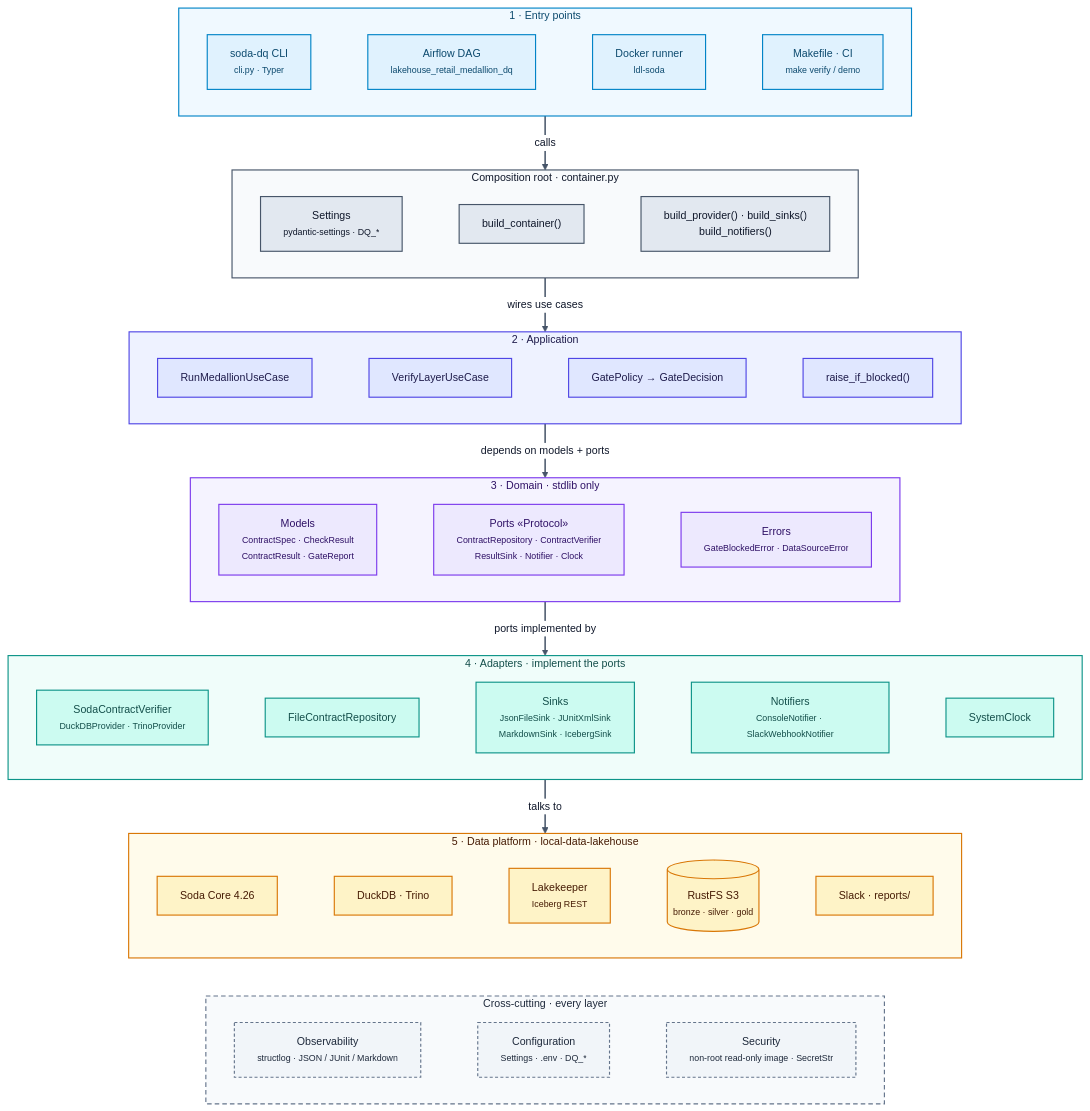
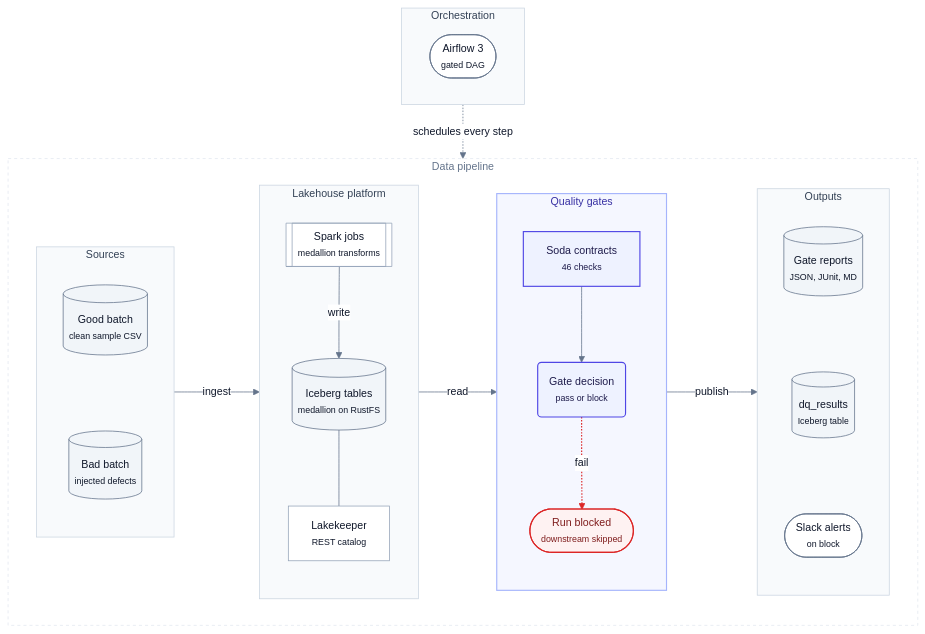
One commit to santoshshinde2012/lakehouse-quality-gates changed the first of 4 diagrams in README.md. Above: the diagram before and after it, drawn with Mermaid. The commit also changed other lines of this file and 21 other files, not shown here.

Commit message:
docs: professional system architecture diagram

````diff
--- a/README.md
+++ b/README.md
@@ -60,82 +60,57 @@
 ```mermaid
-%%{init: {'theme':'base','themeVariables':{'fontFamily':'Inter, system-ui, -apple-system, Segoe UI, Helvetica, Arial, sans-serif','fontSize':'14px','primaryColor':'#eef2ff','primaryTextColor':'#0f172a','primaryBorderColor':'#6366f1','secondaryColor':'#f1f5f9','secondaryTextColor':'#0f172a','secondaryBorderColor':'#94a3b8','tertiaryColor':'#f8fafc','tertiaryTextColor':'#0f172a','tertiaryBorderColor':'#cbd5e1','lineColor':'#64748b','textColor':'#0f172a','nodeTextColor':'#0f172a','titleColor':'#0f172a','clusterBkg':'#f8fafc','clusterBorder':'#94a3b8','edgeLabelBackground':'#ffffff','noteBkgColor':'#fef9c3','noteTextColor':'#422006','noteBorderColor':'#ca8a04','actorBkg':'#eef2ff','actorBorder':'#6366f1','actorTextColor':'#1e1b4b','actorLineColor':'#94a3b8','signalColor':'#334155','signalTextColor':'#0f172a','labelBoxBkgColor':'#eef2ff','labelBoxBorderColor':'#6366f1','labelTextColor':'#1e1b4b','loopTextColor':'#1e1b4b','activationBkgColor':'#e0e7ff','activationBorderColor':'#4f46e5','sequenceNumberColor':'#ffffff','classText':'#0f172a'}}}%%
+%%{init: {'theme':'base','themeVariables':{'fontFamily':'Inter, system-ui, -apple-system, Segoe UI, Helvetica, Arial, sans-serif','fontSize':'14px','primaryColor':'#ffffff','primaryTextColor':'#0f172a','primaryBorderColor':'#94a3b8','secondaryColor':'#f8fafc','tertiaryColor':'#f8fafc','lineColor':'#64748b','textColor':'#0f172a','clusterBkg':'#f8fafc','clusterBorder':'#cbd5e1','titleColor':'#334155','edgeLabelBackground':'#ffffff','noteBkgColor':'#f8fafc','noteTextColor':'#0f172a','noteBorderColor':'#cbd5e1','actorBkg':'#ffffff','actorBorder':'#94a3b8','actorTextColor':'#0f172a','actorLineColor':'#94a3b8','signalColor':'#475569','signalTextColor':'#0f172a','labelBoxBkgColor':'#f8fafc','labelBoxBorderColor':'#94a3b8','labelTextColor':'#0f172a','loopTextColor':'#0f172a','activationBkgColor':'#eef2ff','activationBorderColor':'#4f46e5','sequenceNumberColor':'#ffffff','classText':'#0f172a'}}}%%
 flowchart TB
-  subgraph ENTRY["1 · Entry points"]
+  subgraph ORCH["Orchestration"]
     direction LR
-    E1["soda-dq CLI<br/><small>cli.py · Typer</small>"]:::entry
-    E2["Airflow DAG<br/><small>lakehouse_retail_medallion_dq</small>"]:::entry
-    E3["Docker runner<br/><small>ldl-soda</small>"]:::entry
-    E4["Makefile · CI<br/><small>make verify / demo</small>"]:::entry
-    E1 ~~~ E2 ~~~ E3 ~~~ E4
+    AF(["Airflow 3<br/><small>gated DAG</small>"]):::actor
   end
-  subgraph ROOT["Composition root · container.py"]
+  subgraph FLOW["Data pipeline"]
     direction LR
-    R1["Settings<br/><small>pydantic-settings · DQ_*</small>"]:::root
-    R2["build_container()"]:::root
-    R3["build_provider() · build_sinks()<br/>build_notifiers()"]:::root
-    R1 ~~~ R2 ~~~ R3
+    subgraph SRC["Sources"]
+      direction TB
+      CSV[("Good batch<br/><small>clean sample CSV</small>")]:::store
+      BAD[("Bad batch<br/><small>injected defects</small>")]:::store
+      CSV ~~~ BAD
+    end
+    subgraph LAKE["Lakehouse platform"]
+      direction TB
+      JOB[["Spark jobs<br/><small>medallion transforms</small>"]]:::node
+      TBL[("Iceberg tables<br/><small>medallion on RustFS</small>")]:::store
+      CAT["Lakekeeper<br/><small>REST catalog</small>"]:::node
+      JOB -->|write| TBL
+      TBL --- CAT
+    end
+    subgraph DQ["Quality gates"]
+      direction TB
+      SODA["Soda contracts<br/><small>46 checks</small>"]:::ours
+      GATE("Gate decision<br/><small>pass or block</small>"):::ours
+      BLK(["Run blocked<br/><small>downstream skipped</small>"]):::blocked
+      SODA --> GATE
+      GATE -. fail .-> BLK
+    end
+    subgraph OUT["Outputs"]
+      direction TB
+      REP[("Gate reports<br/><small>JSON, JUnit, MD</small>")]:::store
+      DQR[("dq_results<br/><small>Iceberg table</small>")]:::store
+      SLK(["Slack alerts<br/><small>on block</small>"]):::actor
+      REP ~~~ DQR ~~~ SLK
+    end
+    SRC -->|ingest| LAKE
+    LAKE -->|read| DQ
+    DQ -->|publish| OUT
   end
-  subgraph APP["2 · Application"]
-    direction LR
-    A1["RunMedallionUseCase"]:::app
-    A2["VerifyLayerUseCase"]:::app
-    A3["GatePolicy → GateDecision"]:::app
-    A4["raise_if_blocked()"]:::app
-    A1 ~~~ A2 ~~~ A3 ~~~ A4
-  end
-  subgraph DOM["3 · Domain · stdlib only"]
-    direction LR
-    D1["Models<br/><small>ContractSpec · CheckResult<br/>ContractResult · GateReport</small>"]:::domain
-    D2["Ports «Protocol»<br/><small>ContractRepository · ContractVerifier<br/>ResultSink · Notifier · Clock</small>"]:::domain
-    D3["Errors<br/><small>GateBlockedError · DataSourceError</small>"]:::domain
-    D1 ~~~ D2 ~~~ D3
-  end
-  subgraph ADP["4 · Adapters · implement the ports"]
-    direction LR
-    P1["SodaContractVerifier<br/><small>DuckDBProvider · TrinoProvider</small>"]:::adapter
-    P2["FileContractRepository"]:::adapter
-    P3["Sinks<br/><small>JsonFileSink · JUnitXmlSink<br/>MarkdownSink · IcebergSink</small>"]:::adapter
-    P4["Notifiers<br/><small>ConsoleNotifier · SlackWebhookNotifier</small>"]:::adapter
-    P5["SystemClock"]:::adapter
-    P1 ~~~ P2 ~~~ P3 ~~~ P4 ~~~ P5
-  end
-  subgraph PLAT["5 · Data platform · local-data-lakehouse"]
-    direction LR
-    L1["Soda Core 4.26"]:::platform
-    L2["DuckDB · Trino"]:::platform
-    L3["Lakekeeper<br/><small>Iceberg REST</small>"]:::platform
-    L4[("RustFS S3<br/><small>bronze · silver · gold</small>")]:::platform
-    L5["Slack · reports/"]:::platform
-    L1 ~~~ L2 ~~~ L3 ~~~ L4 ~~~ L5
-  end
-  subgraph XC["Cross-cutting · every layer"]
-    direction LR
-    X1["Observability<br/><small>structlog · JSON / JUnit / Markdown</small>"]:::xcut
-    X2["Configuration<br/><small>Settings · .env · DQ_*</small>"]:::xcut
-    X3["Security<br/><small>non-root read-only image · SecretStr</small>"]:::xcut
-    X1 ~~~ X2 ~~~ X3
-  end
-  ENTRY ==>|calls| ROOT
-  ROOT ==>|wires use cases| APP
-  APP ==>|depends on models + ports| DOM
-  DOM ==>|ports implemented by| ADP
-  ADP ==>|talks to| PLAT
-  PLAT ~~~ XC
-  classDef entry fill:#e0f2fe,stroke:#0284c7,stroke-width:1.5px,color:#0c4a6e
-  classDef root fill:#e2e8f0,stroke:#475569,stroke-width:1.5px,color:#0f172a
-  classDef app fill:#e0e7ff,stroke:#4f46e5,stroke-width:1.5px,color:#1e1b4b
-  classDef domain fill:#ede9fe,stroke:#7c3aed,stroke-width:1.5px,color:#2e1065
-  classDef adapter fill:#ccfbf1,stroke:#0d9488,stroke-width:1.5px,color:#134e4a
-  classDef platform fill:#fef3c7,stroke:#d97706,stroke-width:1.5px,color:#451a03
-  classDef xcut fill:#f1f5f9,stroke:#64748b,stroke-width:1.5px,stroke-dasharray:4 3,color:#1e293b
-  classDef pass fill:#dcfce7,stroke:#16a34a,stroke-width:1.5px,color:#14532d
-  classDef fail fill:#fee2e2,stroke:#dc2626,stroke-width:2px,color:#7f1d1d
-  style ENTRY fill:#f0f9ff,stroke:#0284c7,stroke-width:1.5px,color:#0c4a6e
-  style ROOT fill:#f8fafc,stroke:#475569,stroke-width:1.5px,color:#0f172a
-  style APP fill:#eef2ff,stroke:#4f46e5,stroke-width:1.5px,color:#1e1b4b
-  style DOM fill:#f5f3ff,stroke:#7c3aed,stroke-width:1.5px,color:#2e1065
-  style ADP fill:#f0fdfa,stroke:#0d9488,stroke-width:1.5px,color:#134e4a
-  style PLAT fill:#fffbeb,stroke:#d97706,stroke-width:1.5px,color:#451a03
-  style XC fill:#f8fafc,stroke:#64748b,stroke-width:1.5px,stroke-dasharray:6 4,color:#1e293b
-  linkStyle 20,21,22,23,24 stroke:#475569,stroke-width:2px
+  ORCH -. schedules every step .-> FLOW
+  classDef node fill:#ffffff,stroke:#94a3b8,stroke-width:1px,color:#0f172a
+  classDef store fill:#f1f5f9,stroke:#64748b,stroke-width:1px,color:#0f172a
+  classDef ours fill:#eef2ff,stroke:#4f46e5,stroke-width:1.5px,color:#1e1b4b
+  classDef actor fill:#ffffff,stroke:#64748b,stroke-width:1px,color:#0f172a
+  classDef blocked fill:#fef2f2,stroke:#dc2626,stroke-width:1.5px,color:#7f1d1d
+  classDef pass fill:#f0fdf4,stroke:#16a34a,stroke-width:1.5px,color:#14532d
+  style ORCH fill:#f8fafc,stroke:#cbd5e1,stroke-width:1px,color:#334155
+  style FLOW fill:#ffffff,stroke:#e2e8f0,stroke-width:1px,stroke-dasharray:4 4,color:#64748b
+  style SRC fill:#f8fafc,stroke:#cbd5e1,stroke-width:1px,color:#334155
+  style LAKE fill:#f8fafc,stroke:#cbd5e1,stroke-width:1px,color:#334155
+  style DQ fill:#f5f7ff,stroke:#a5b4fc,stroke-width:1.5px,color:#3730a3
+  style OUT fill:#f8fafc,stroke:#cbd5e1,stroke-width:1px,color:#334155
+  linkStyle 4 stroke:#dc2626,stroke-width:1.5px
 ```
````
